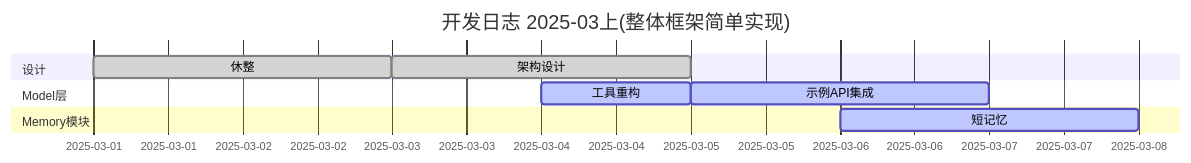
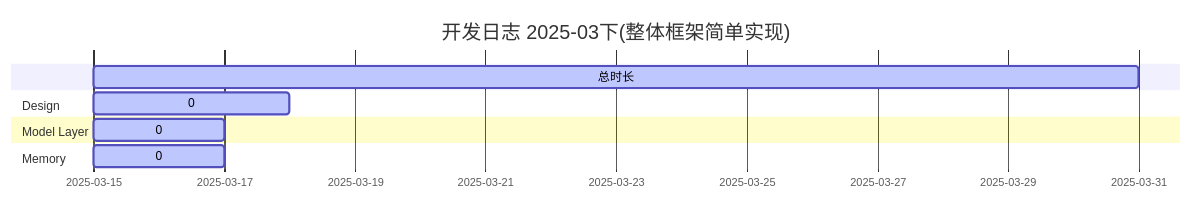
Before and after one commit to SleeeepyZhou/AIdot: the second of 2 diagrams in addons/AIdot/Asset/Develop_log.md, drawn with Mermaid. The commit also changed other lines of this file and 17 other files, not shown here.

````diff
--- a/addons/AIdot/Asset/Develop_log.md
+++ b/addons/AIdot/Asset/Develop_log.md
@@ -1,16 +29,20 @@
 ```mermaid
 ---
 displayMode: compact
 ---
 gantt
-	title 开发日志 2025-03上(整体框架简单实现)
+	title 开发日志 2025-03下(整体框架简单实现)
 	dateFormat  YYYY-MM-DD
-	section 设计
-	休整 :done, 2025-03-01, 2d
-	架构设计 :done, 2025-03-03, 2d
-	section Model层
-	工具重构 :active, 2025-03-04, 1d
-	示例API集成 :active, 2025-03-05, 2d
-	section Memory模块
-	短记忆 :active, 2025-03-06, 2d
+	总时长 :active, 2025-03-15, 16d
+	section Design
+	0 :active, 2025-03-15, 3d
+	section Model Layer
+	0 :active, 2025-03-15, 2d
+	section Agent
+	section Memory
+	0 :active, 2025-03-15, 2d
+	section Action
+	section Perception
+	section Planning
+	section Tools
 ```
````
